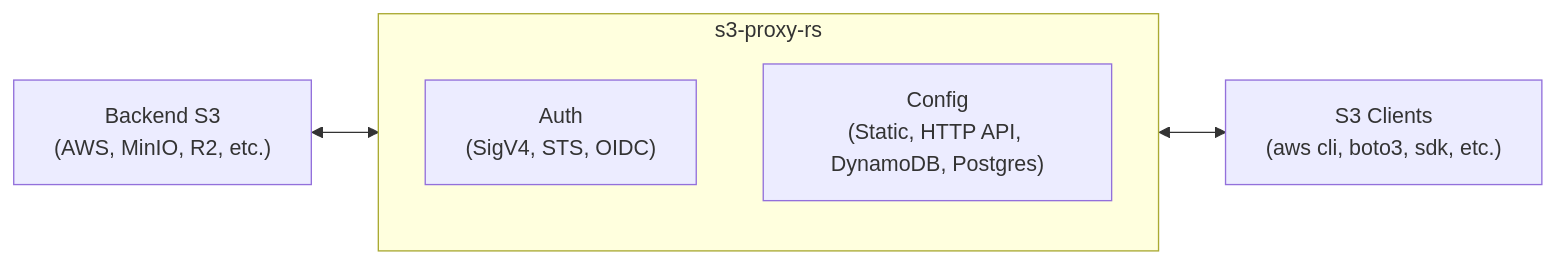
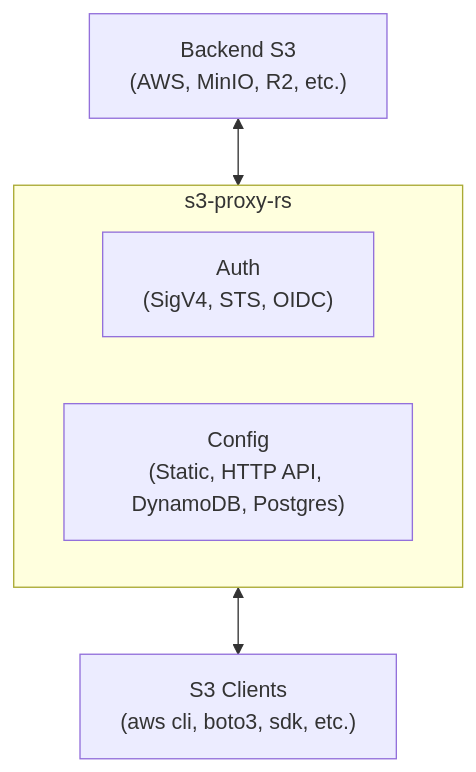
Before and after one commit to source-cooperative/data.source.coop: the diagram in README.md, drawn with Mermaid. The commit also changed other lines of this file and 20 other files, not shown here.

````diff
--- a/README.md
+++ b/README.md
@@ -7,15 +7,15 @@
 ```mermaid
-flowchart LR
+flowchart
     Clients["S3 Clients<br />(aws cli, boto3, sdk, etc.)"]
 
     subgraph Proxy["s3-proxy-rs"]
         Auth["Auth<br />(SigV4, STS, OIDC)"]
         Config["Config<br />(Static, HTTP API, DynamoDB, Postgres)"]
     end
 
     Backend["Backend S3<br />(AWS, MinIO, R2, etc.)"]
     
     Proxy <--> Clients
     Backend <--> Proxy
 
 ```
````
